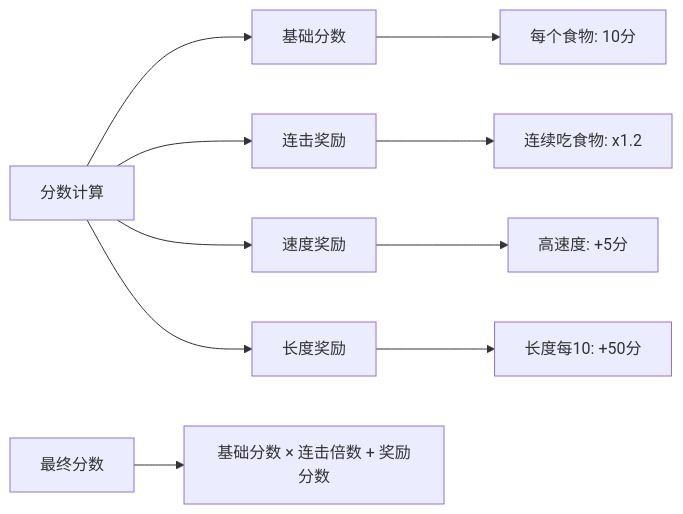
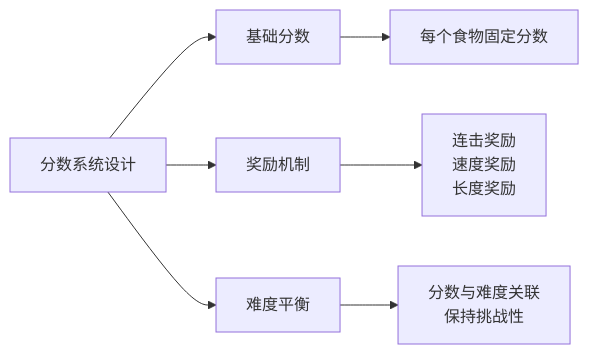
One commit to youjing-mz/snake changed the ninth of 9 diagrams in 课时2-核心游戏逻辑实现/README.md. Above: the diagram before and after it, drawn with Mermaid. The commit also changed other lines of this file and 8 other files, not shown here.

````diff
--- a/课时2-核心游戏逻辑实现/README.md
+++ b/课时2-核心游戏逻辑实现/README.md
@@ -177,14 +210,10 @@
 ```mermaid
 graph LR
-    A[分数计算] --> B[基础分数]
-    A --> C[连击奖励]
-    A --> D[速度奖励]
-    A --> E[长度奖励]
+    A[分数系统设计] --> B[基础分数]
+    A --> C[奖励机制]
+    A --> D[难度平衡]
     
-    B --> B1[每个食物: 10分]
-    C --> C1[连续吃食物: x1.2]
-    D --> D1[高速度: +5分]
-    E --> E1[长度每10: +50分]
-    
-    F[最终分数] --> G[基础分数 × 连击倍数 + 奖励分数]
+    B --> B1[每个食物固定分数]
+    C --> C1[连击奖励<br/>速度奖励<br/>长度奖励]
+    D --> D1[分数与难度关联<br/>保持挑战性]
 ```
````
